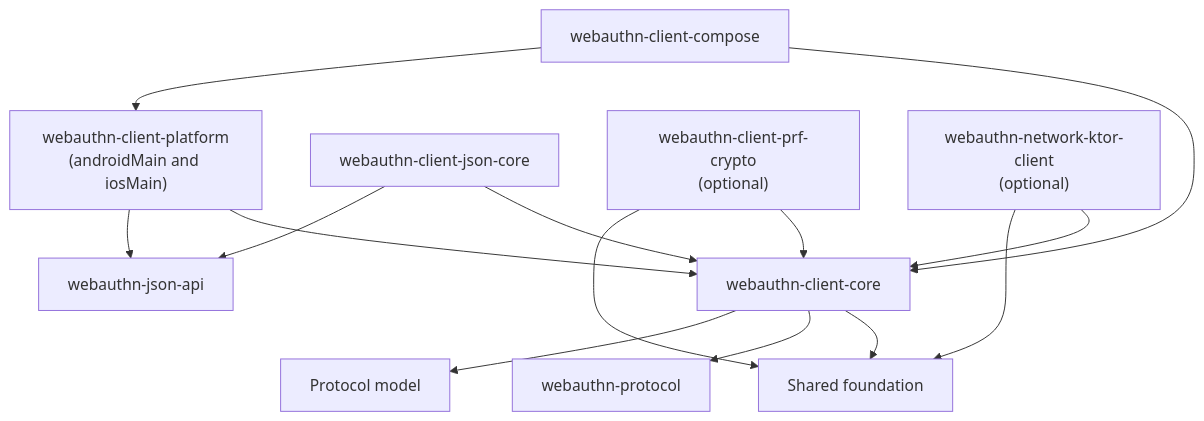
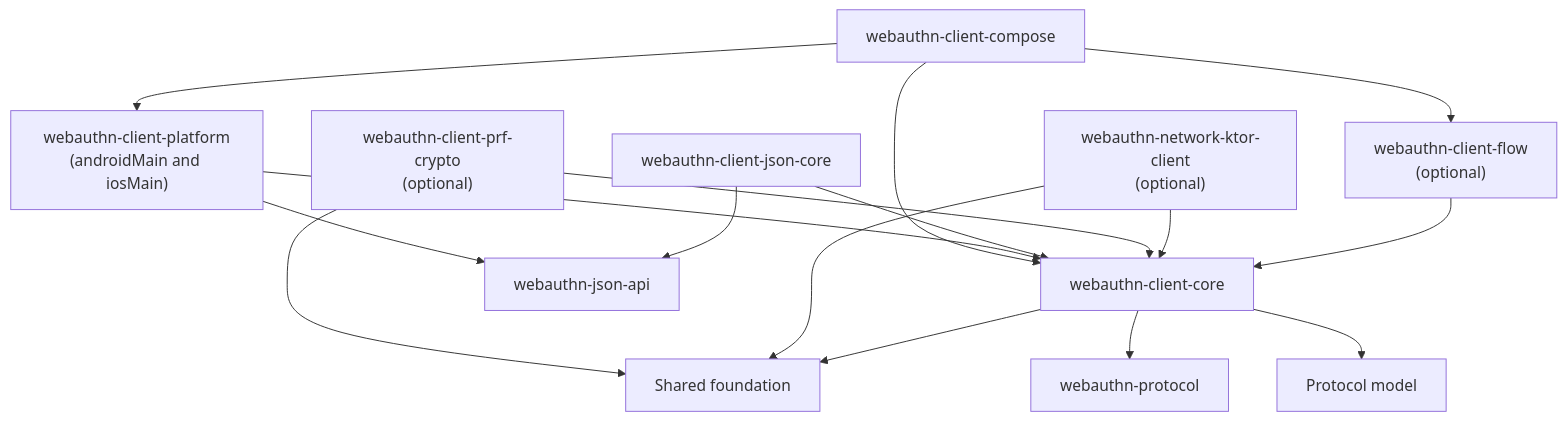
One commit to szijpeter/webauthn-kotlin-multiplatform changed the third of 4 diagrams in docs/architecture.md. Above: the diagram before and after it, drawn with Mermaid. The commit also changed other lines of this file and 27 other files, not shown here.

Commit message:
refactor(client): extract ceremony flow module

````diff
--- a/docs/architecture.md
+++ b/docs/architecture.md
@@ -90,32 +91,35 @@
 ```mermaid
 flowchart TB
     COMPOSE["webauthn-client-compose"]
     PLATFORM["webauthn-client-platform<br/>(androidMain and iosMain)"]
     JSON["webauthn-client-json-core"]
     PRF["webauthn-client-prf-crypto<br/>(optional)"]
     NETWORK["webauthn-network-ktor-client<br/>(optional)"]
     CLIENT_CORE["webauthn-client-core"]
+    CLIENT_FLOW["webauthn-client-flow<br/>(optional)"]
     JSON_API["webauthn-json-api"]
     PROTOCOL["webauthn-protocol"]
     FOUNDATION["Shared foundation"]
     MODEL["Protocol model"]
 
     COMPOSE --> CLIENT_CORE
     COMPOSE --> PLATFORM
+    COMPOSE --> CLIENT_FLOW
 
     PLATFORM --> CLIENT_CORE
     PLATFORM --> JSON_API
 
     JSON --> CLIENT_CORE
     JSON --> JSON_API
 
     PRF --> CLIENT_CORE
     PRF --> FOUNDATION
 
     NETWORK --> CLIENT_CORE
     NETWORK --> FOUNDATION
 
     CLIENT_CORE --> FOUNDATION
     CLIENT_CORE --> PROTOCOL
     CLIENT_CORE --> MODEL
+    CLIENT_FLOW --> CLIENT_CORE
 ```
````
